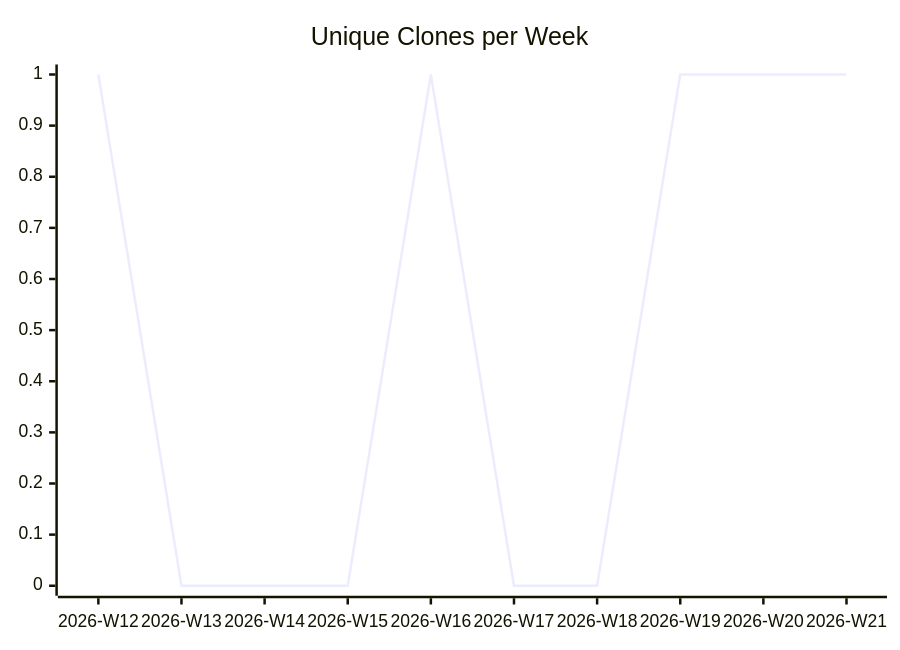
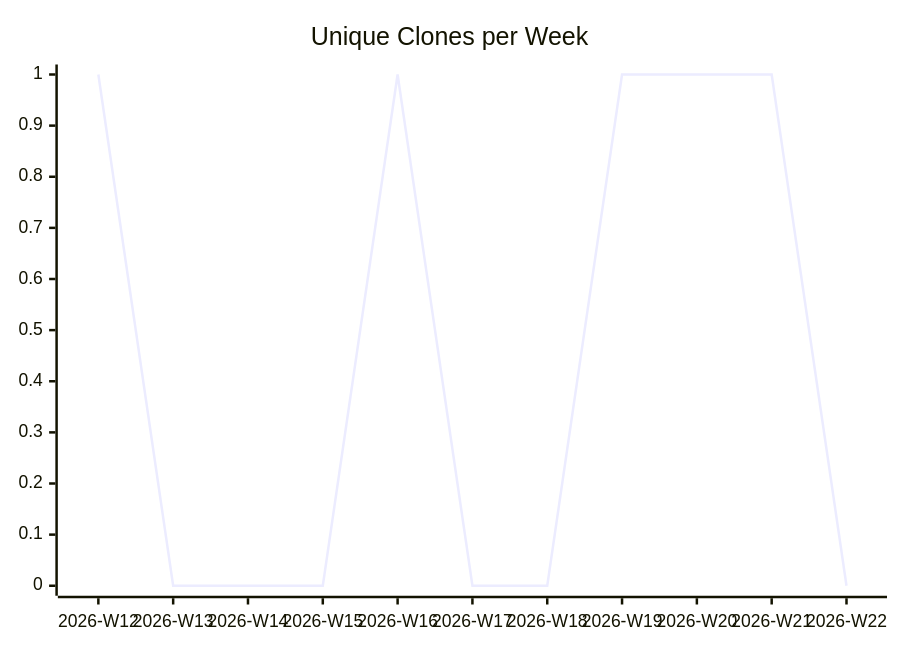
Before and after one commit to justdavis-family/github-analytics-data: the third of 3 diagrams in karlmdavis/ansible/README.md, drawn with Mermaid. The commit also changed other lines of this file and 190 other files, not shown here.

````diff
--- a/karlmdavis/ansible/README.md
+++ b/karlmdavis/ansible/README.md
@@ -19,6 +19,6 @@
 ```mermaid
 xychart-beta
   title "Unique Clones per Week"
-  x-axis ["2026-W12", "2026-W13", "2026-W14", "2026-W15", "2026-W16", "2026-W17", "2026-W18", "2026-W19", "2026-W20", "2026-W21"]
-  line [1, 0, 0, 0, 1, 0, 0, 1, 1, 1]
+  x-axis ["2026-W12", "2026-W13", "2026-W14", "2026-W15", "2026-W16", "2026-W17", "2026-W18", "2026-W19", "2026-W20", "2026-W21", "2026-W22"]
+  line [1, 0, 0, 0, 1, 0, 0, 1, 1, 1, 0]
 ```
````
